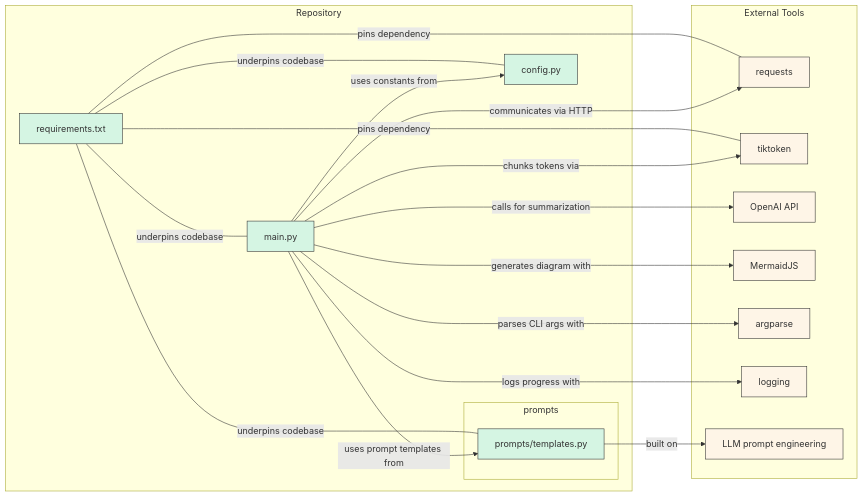
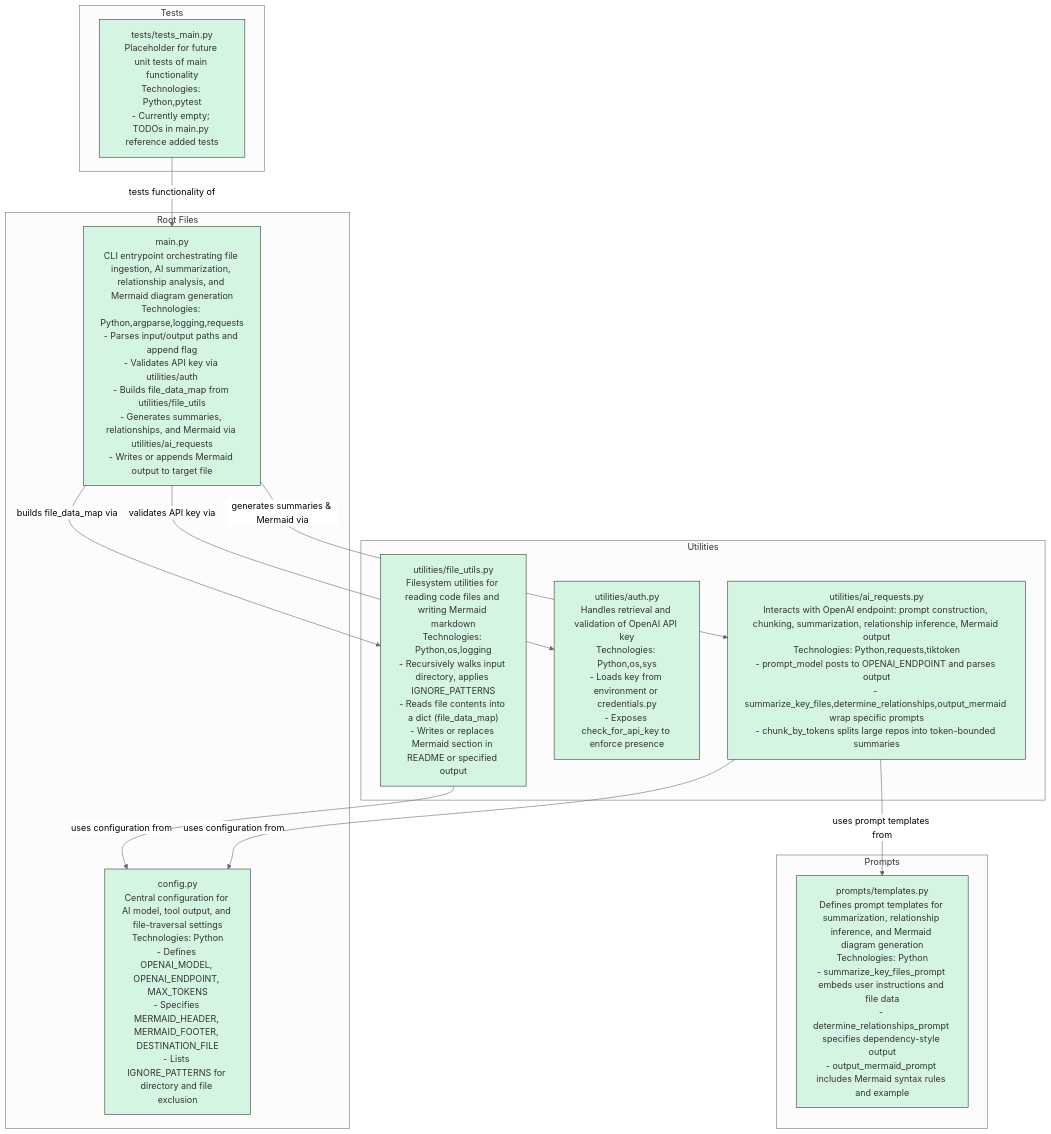
Before and after one commit to scmgustafson/code2chart-action: the diagram in README.md, drawn with Mermaid.

Commit message:
Add automated Mermaid to README

````diff
--- a/README.md
+++ b/README.md
@@ -4,44 +4,33 @@
 ```mermaid
-%%{init: {"theme":"default"}}%%
-graph LR
-  subgraph "Repository"
-    config[config.py]
-    requirements[requirements.txt]
-    main[main.py]
-    subgraph "prompts"
-      templates[prompts/templates.py]
-    end
+%%{init: {"theme":"neutral"}}%%
+graph TD
+  subgraph "Root Files"
+    config["config.py\nCentral configuration for AI model, tool output, and file-traversal settings\nTechnologies: Python\n- Defines OPENAI_MODEL, OPENAI_ENDPOINT, MAX_TOKENS\n- Specifies MERMAID_HEADER, MERMAID_FOOTER, DESTINATION_FILE\n- Lists IGNORE_PATTERNS for directory and file exclusion"]
+    main["main.py\nCLI entrypoint orchestrating file ingestion, AI summarization, relationship analysis, and Mermaid diagram generation\nTechnologies: Python,argparse,logging,requests\n- Parses input/output paths and append flag\n- Validates API key via utilities/auth\n- Builds file_data_map from utilities/file_utils\n- Generates summaries, relationships, and Mermaid via utilities/ai_requests\n- Writes or appends Mermaid output to target file"]
   end
 
-  subgraph "External Tools"
-    requests[requests]
-    tiktoken[tiktoken]
-    OpenAI_API[OpenAI API]
-    MermaidJS[MermaidJS]
-    argparse[argparse]
-    logging[logging]
-    LLM_prompt_engineering[LLM prompt engineering]
+  subgraph "Utilities"
+    file_utils["utilities/file_utils.py\nFilesystem utilities for reading code files and writing Mermaid markdown\nTechnologies: Python,os,logging\n- Recursively walks input directory, applies IGNORE_PATTERNS\n- Reads file contents into a dict (file_data_map)\n- Writes or replaces Mermaid section in README or specified output"]
+    auth["utilities/auth.py\nHandles retrieval and validation of OpenAI API key\nTechnologies: Python,os,sys\n- Loads key from environment or credentials.py\n- Exposes check_for_api_key to enforce presence"]
+    ai_requests["utilities/ai_requests.py\nInteracts with OpenAI endpoint: prompt construction, chunking, summarization, relationship inference, Mermaid output\nTechnologies: Python,requests,tiktoken\n- prompt_model posts to OPENAI_ENDPOINT and parses output\n- summarize_key_files,determine_relationships,output_mermaid wrap specific prompts\n- chunk_by_tokens splits large repos into token-bounded summaries"]
   end
 
-  main -->|uses constants from| config
-  main -->|uses prompt templates from| templates
-  main -->|chunks tokens via| tiktoken
-  main -->|communicates via HTTP| requests
-  main -->|calls for summarization| OpenAI_API
-  main -->|generates diagram with| MermaidJS
-  main -->|parses CLI args with| argparse
-  main -->|logs progress with| logging
+  subgraph "Prompts"
+    templates["prompts/templates.py\nDefines prompt templates for summarization, relationship inference, and Mermaid diagram generation\nTechnologies: Python\n- summarize_key_files_prompt embeds user instructions and file data\n- determine_relationships_prompt specifies dependency-style output\n- output_mermaid_prompt includes Mermaid syntax rules and example"]
+  end
 
-  templates -->|built on| LLM_prompt_engineering
+  subgraph "Tests"
+    tests_main["tests/tests_main.py\nPlaceholder for future unit tests of main functionality\nTechnologies: Python,pytest\n- Currently empty; TODOs in main.py reference added tests"]
+  end
 
-  requirements ---|pins dependency| requests
-  requirements ---|pins dependency| tiktoken
-  requirements ---|underpins codebase| main
-  requirements ---|underpins codebase| config
-  requirements ---|underpins codebase| templates
+  main -->|validates API key via| auth
+  main -->|builds file_data_map via| file_utils
+  main -->|generates summaries & Mermaid via| ai_requests
+  file_utils -->|uses configuration from| config
+  ai_requests -->|uses configuration from| config
+  ai_requests -->|uses prompt templates from| templates
+  tests_main -->|tests functionality of| main
 
   classDef file fill:#d5f5e3,stroke:#333,color:#333
-  classDef tool fill:#fef5e7,stroke:#333,color:#333
-  class config,requirements,main,templates file
-  class requests,tiktoken,OpenAI_API,MermaidJS,argparse,logging,LLM_prompt_engineering tool
+  class config,main,file_utils,auth,ai_requests,templates,tests_main file
 ```
````
